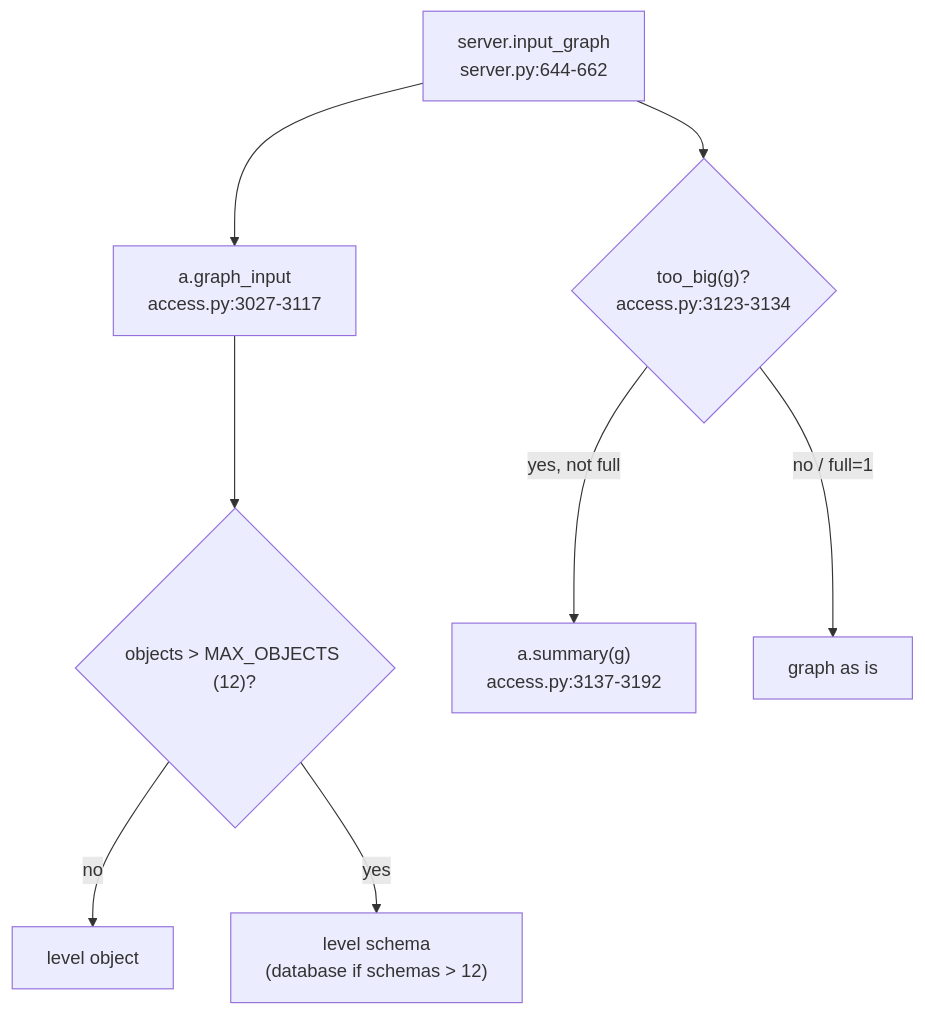
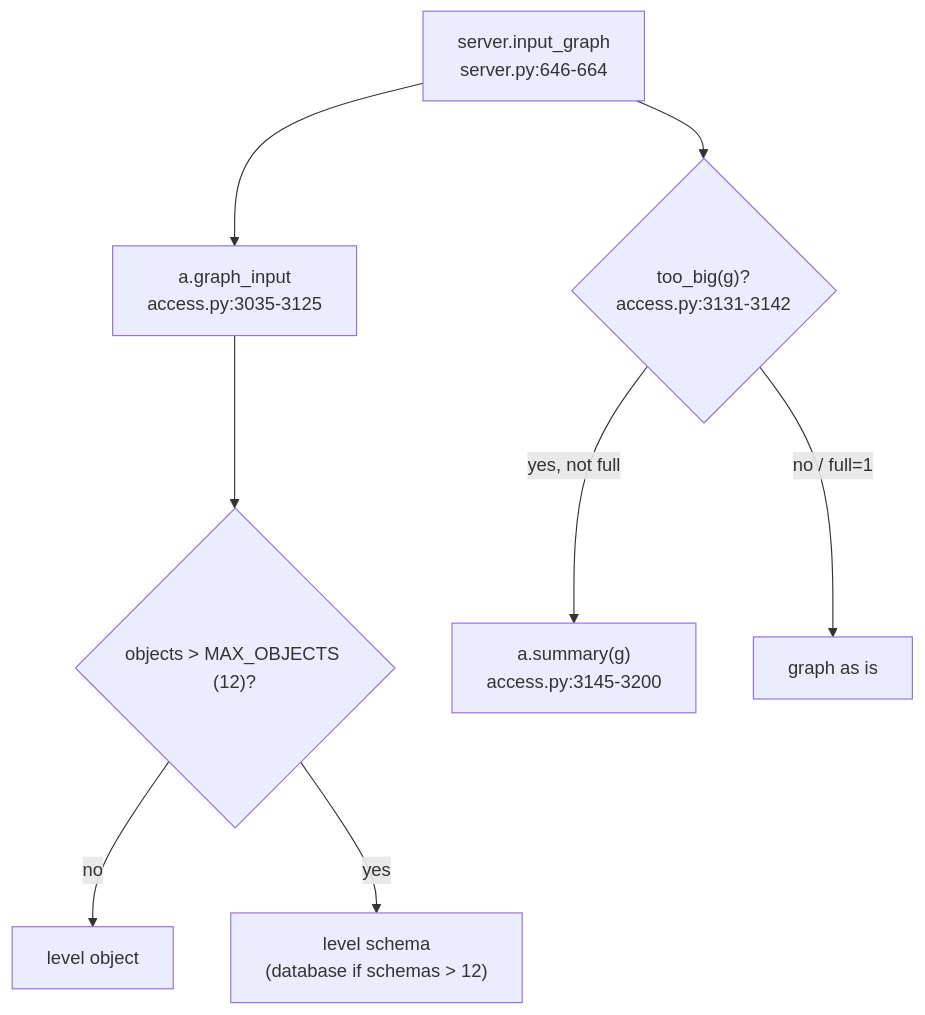
Before and after one commit to darshanmeel/snowflake-access-explorer: the diagram in snowflake-access-explorer-knowledge-graph/logic/graph-input.md, drawn with Mermaid. The commit also changed other lines of this file and 73 other files, not shown here.

Commit message:
Knowledge graph: review fixes (escaped SQL names, CSV head rows, own queries out in Snowflake, UTC window, snapshot re-read, answer cache, docs)

````diff
--- a/snowflake-access-explorer-knowledge-graph/logic/graph-input.md
+++ b/snowflake-access-explorer-knowledge-graph/logic/graph-input.md
@@ -6,10 +6,10 @@
 ```mermaid
 flowchart TD
-  IG["server.input_graph<br/>server.py:644-662"] --> GI["a.graph_input<br/>access.py:3027-3117"]
+  IG["server.input_graph<br/>server.py:646-664"] --> GI["a.graph_input<br/>access.py:3035-3125"]
   GI --> LV{"objects > MAX_OBJECTS (12)?"}
   LV -- no --> OBJ[level object]
   LV -- yes --> SC["level schema<br/>(database if schemas > 12)"]
-  IG --> TB{"too_big(g)?<br/>access.py:3123-3134"}
-  TB -- "yes, not full" --> SU["a.summary(g)<br/>access.py:3137-3192"]
+  IG --> TB{"too_big(g)?<br/>access.py:3131-3142"}
+  TB -- "yes, not full" --> SU["a.summary(g)<br/>access.py:3145-3200"]
   TB -- "no / full=1" --> RAW[graph as is]
 ```
````
